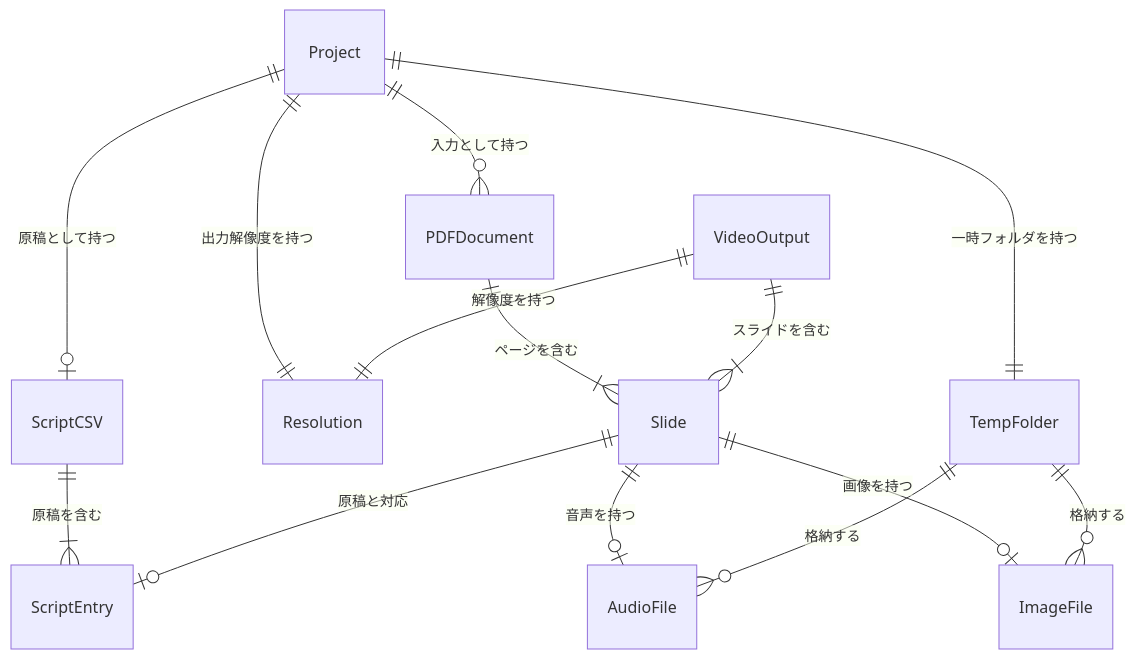
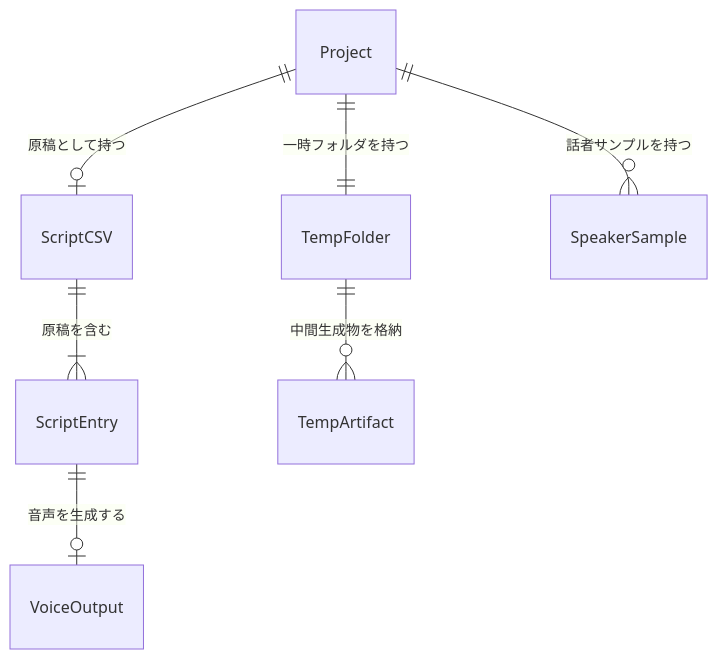
The first of 3 diagrams in specs/001-MyVoice-Maker/data-model.md (J1921604/MyVoice-Maker), drawn with Mermaid before and after one commit. The commit also changed other lines of this file and 35 other files, not shown here.

````diff
--- a/specs/001-MyVoice-Maker/data-model.md
+++ b/specs/001-MyVoice-Maker/data-model.md
@@ -12,20 +12,11 @@
 ```mermaid
 erDiagram
-    Project ||--o{ PDFDocument : "入力として持つ"
     Project ||--o| ScriptCSV : "原稿として持つ"
-    Project ||--|| Resolution : "出力解像度を持つ"
     Project ||--|| TempFolder : "一時フォルダを持つ"
-    
-    PDFDocument ||--|{ Slide : "ページを含む"
+    Project ||--o{ SpeakerSample : "話者サンプルを持つ"
+
     ScriptCSV ||--|{ ScriptEntry : "原稿を含む"
-    
-    Slide ||--o| ScriptEntry : "原稿と対応"
-    Slide ||--o| AudioFile : "音声を持つ"
-    Slide ||--o| ImageFile : "画像を持つ"
-    
-    VideoOutput ||--|{ Slide : "スライドを含む"
-    VideoOutput ||--|| Resolution : "解像度を持つ"
-    
-    TempFolder ||--o{ AudioFile : "格納する"
-    TempFolder ||--o{ ImageFile : "格納する"
+    ScriptEntry ||--o| VoiceOutput : "音声を生成する"
+
+    TempFolder ||--o{ TempArtifact : "中間生成物を格納"
 ```
````
